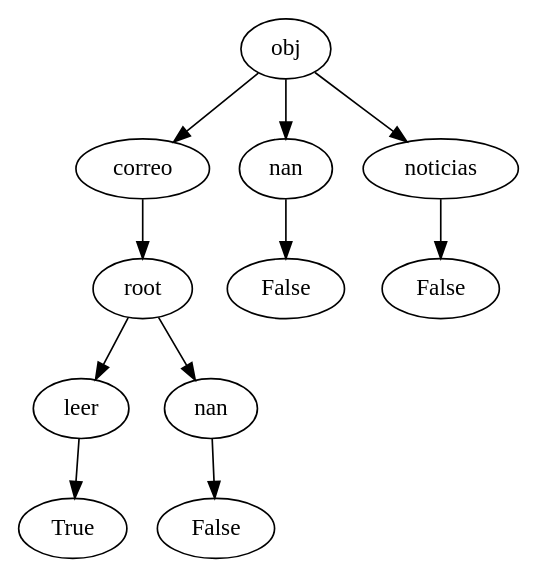
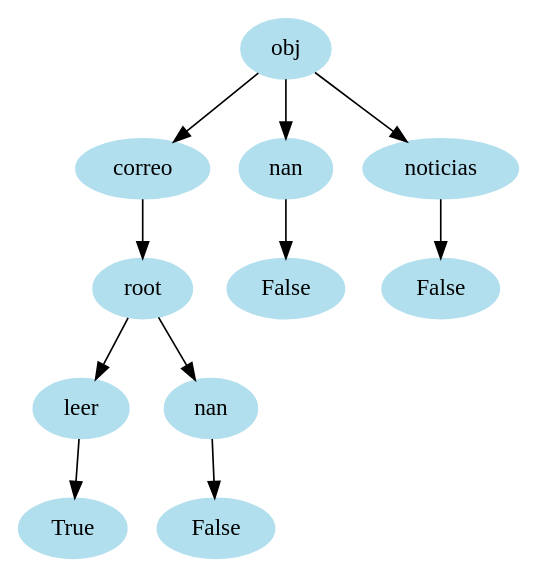
The diagram in resources/images/EmailRead.gv (ranmadxs/aia-device), drawn with Graphviz before and after one commit. The commit also changed 9 other files, not shown here.

```diff
--- a/resources/images/EmailRead.gv
+++ b/resources/images/EmailRead.gv
@@ -1,25 +1,26 @@
 // Decision Tree
 digraph {
+	node [color=lightblue2 style=filled]
 	root [label=obj]
-	0.4149581185535518 [label=correo]
-	root -> 0.4149581185535518
-	0.5268822548932595 [label=root]
-	0.4149581185535518 -> 0.5268822548932595
-	0.9407763135156426 [label=nan]
-	root -> 0.9407763135156426
-	0.3699004053713758 [label=False]
-	0.9407763135156426 -> 0.3699004053713758
-	0.8504110057614971 [label=noticias]
-	root -> 0.8504110057614971
-	0.42290815102266854 [label=False]
-	0.8504110057614971 -> 0.42290815102266854
-	0.5268822548932595 [label=root]
-	0.7960930645248039 [label=leer]
-	0.5268822548932595 -> 0.7960930645248039
-	0.41848493570124323 [label=True]
-	0.7960930645248039 -> 0.41848493570124323
-	0.6929001695406968 [label=nan]
-	0.5268822548932595 -> 0.6929001695406968
-	0.33319440804763356 [label=False]
-	0.6929001695406968 -> 0.33319440804763356
+	0.6659166503895431 [label=correo]
+	root -> 0.6659166503895431
+	0.539771939699865 [label=root]
+	0.6659166503895431 -> 0.539771939699865
+	0.9718332246360067 [label=nan]
+	root -> 0.9718332246360067
+	0.16134726388639253 [label=False]
+	0.9718332246360067 -> 0.16134726388639253
+	0.19574661750990563 [label=noticias]
+	root -> 0.19574661750990563
+	0.03767635354781651 [label=False]
+	0.19574661750990563 -> 0.03767635354781651
+	0.539771939699865 [label=root]
+	0.8982312657620122 [label=leer]
+	0.539771939699865 -> 0.8982312657620122
+	0.8833739112616695 [label=True]
+	0.8982312657620122 -> 0.8833739112616695
+	0.8437360361284796 [label=nan]
+	0.539771939699865 -> 0.8437360361284796
+	0.6444099743172927 [label=False]
+	0.8437360361284796 -> 0.6444099743172927
 }
```
